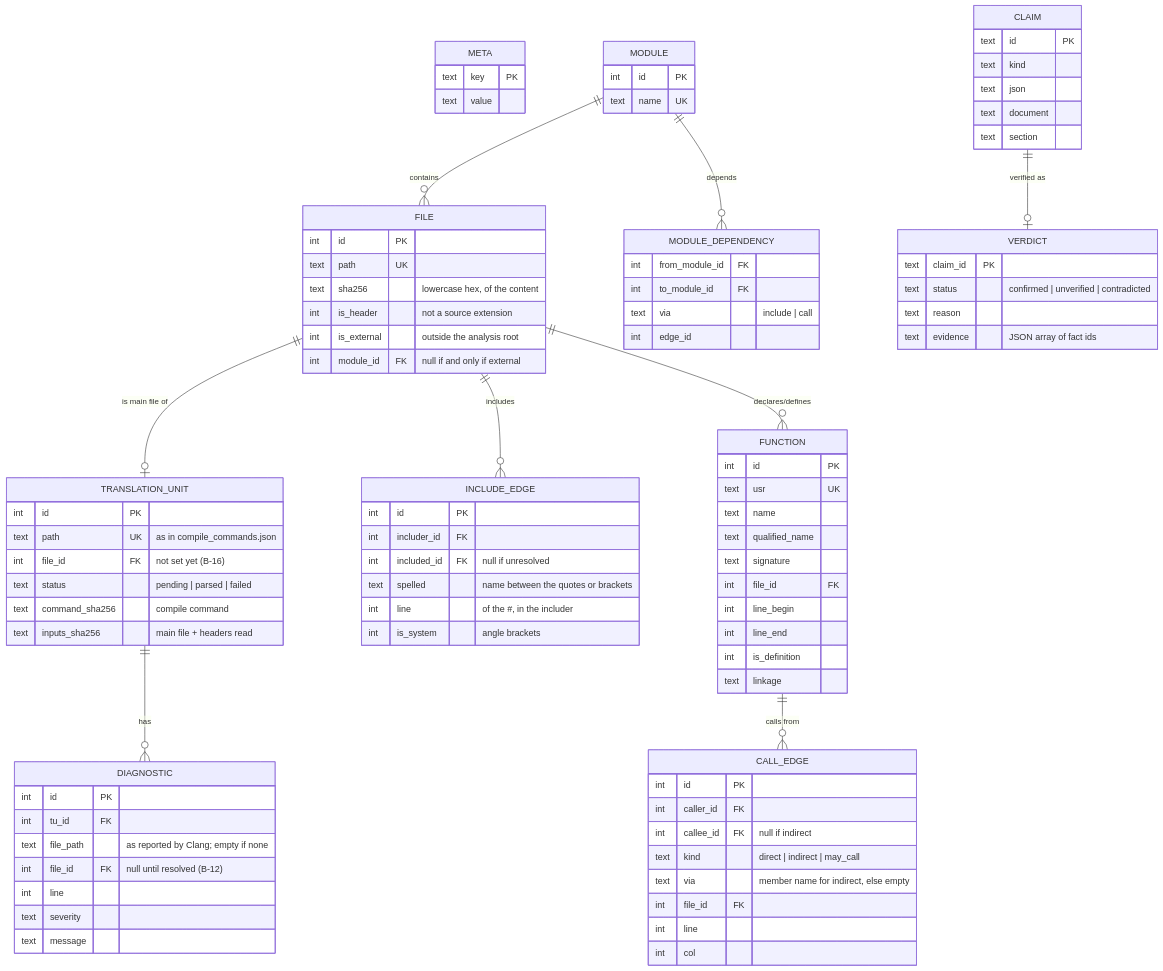
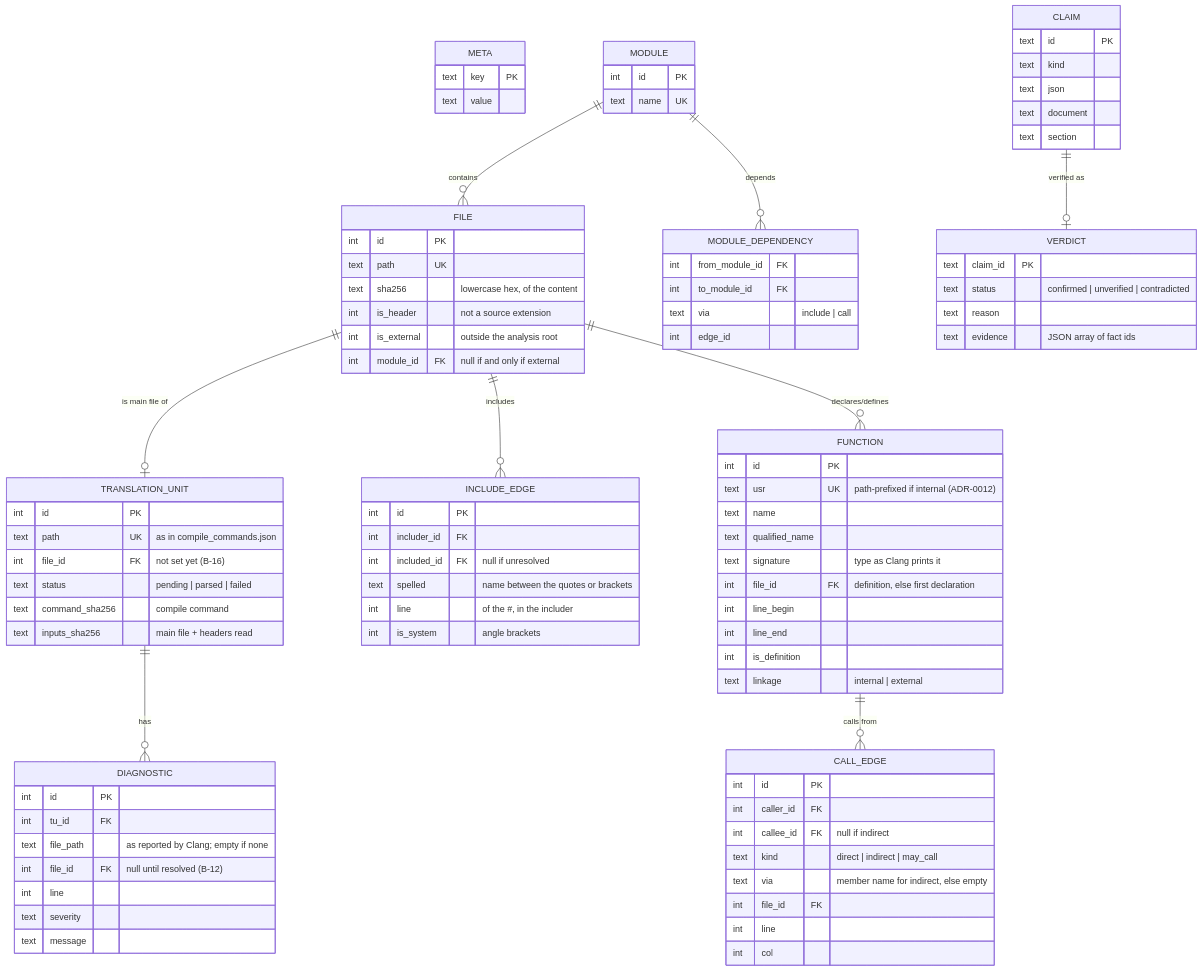
The diagram in docs/architecture/data-model.md (Tomek52/legacy-cartographer), drawn with Mermaid before and after one commit. The commit also changed other lines of this file and 18 other files, not shown here.

```diff
--- a/docs/architecture/data-model.md
+++ b/docs/architecture/data-model.md
@@ -51,15 +52,15 @@
     }
     FUNCTION {
         int id PK
-        text usr UK
+        text usr UK "path-prefixed if internal (ADR-0012)"
         text name
         text qualified_name
-        text signature
-        int file_id FK
+        text signature "type as Clang prints it"
+        int file_id FK "definition, else first declaration"
         int line_begin
         int line_end
         int is_definition
-        text linkage
+        text linkage "internal | external"
     }
     CALL_EDGE {
         int id PK
```
